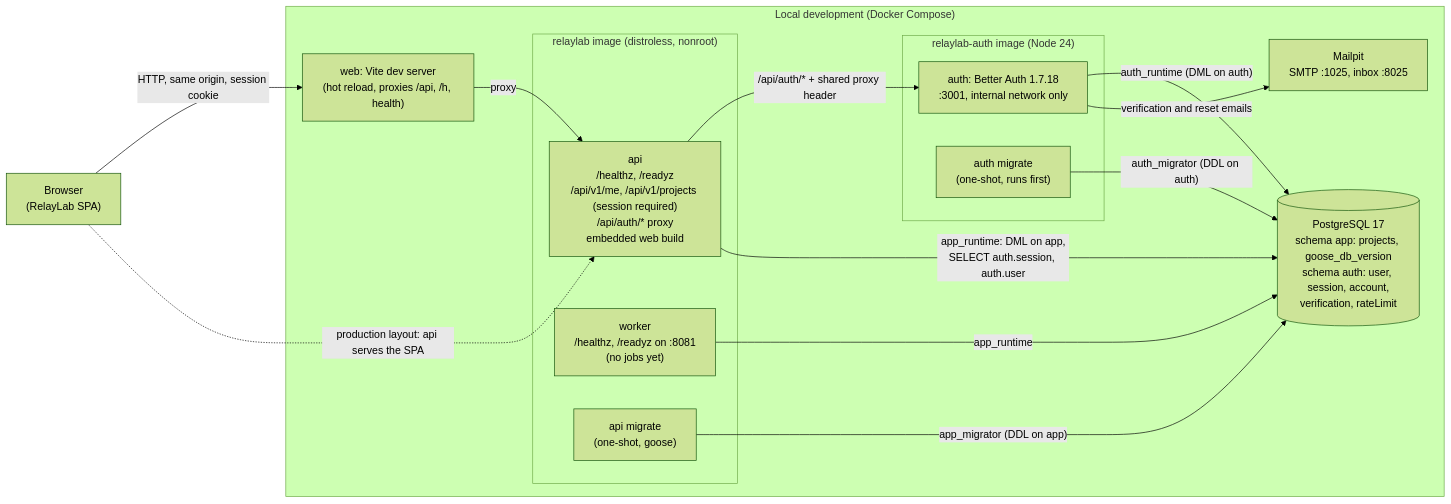
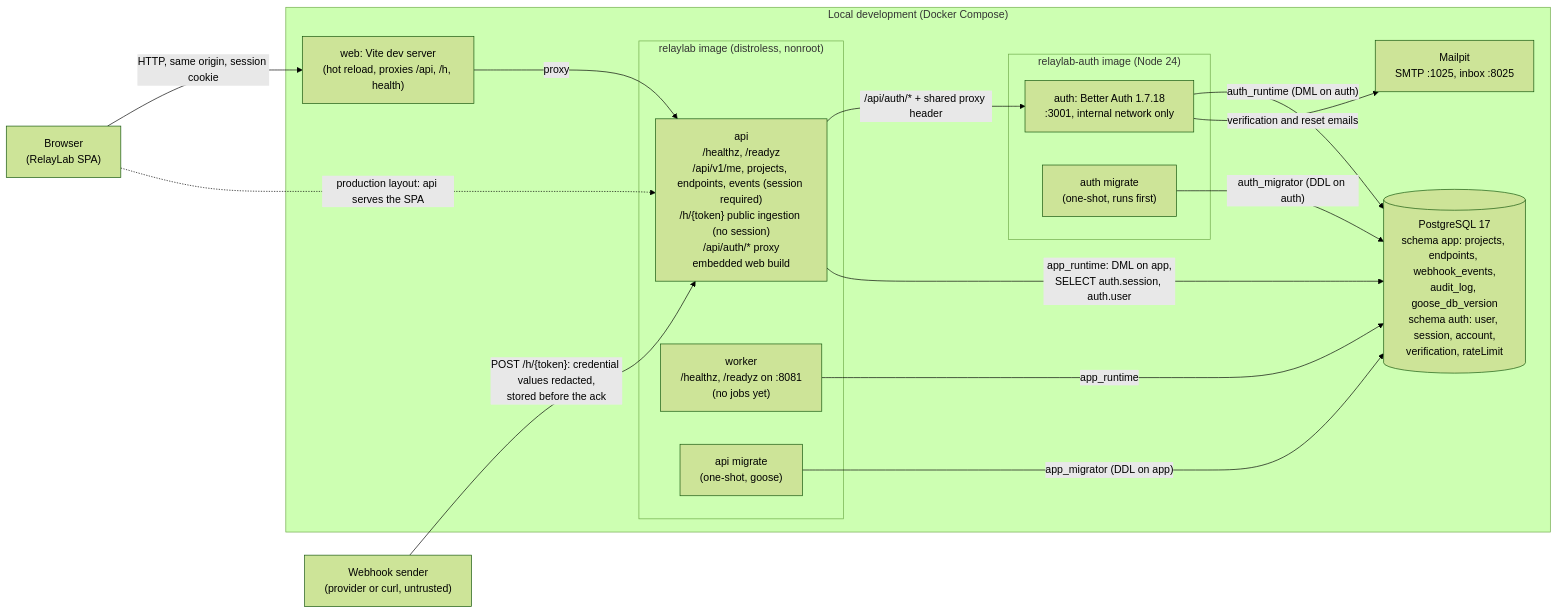
One commit to yasineh/relaylab-app changed the diagram in docs/architecture/overview.md. Above: the diagram before and after it, drawn with Mermaid (forest theme). The commit also changed other lines of this file and 17 other files, not shown here.

````diff
--- a/docs/architecture/overview.md
+++ b/docs/architecture/overview.md
@@ -6,30 +6,32 @@
 ```mermaid
 flowchart LR
   browser["Browser<br/>(RelayLab SPA)"]
+  sender["Webhook sender<br/>(provider or curl, untrusted)"]
 
   subgraph dev["Local development (Docker Compose)"]
     vite["web: Vite dev server<br/>(hot reload, proxies /api, /h, health)"]
     subgraph image["relaylab image (distroless, nonroot)"]
-      api["api<br/>/healthz, /readyz<br/>/api/v1/me, /api/v1/projects (session required)<br/>/api/auth/* proxy<br/>embedded web build"]
+      api["api<br/>/healthz, /readyz<br/>/api/v1/me, projects, endpoints, events (session required)<br/>/h/{token} public ingestion (no session)<br/>/api/auth/* proxy<br/>embedded web build"]
       worker["worker<br/>/healthz, /readyz on :8081<br/>(no jobs yet)"]
       migrate["api migrate<br/>(one-shot, goose)"]
     end
     subgraph authimg["relaylab-auth image (Node 24)"]
       auth["auth: Better Auth 1.7.18<br/>:3001, internal network only"]
       authmigrate["auth migrate<br/>(one-shot, runs first)"]
     end
-    pg[("PostgreSQL 17<br/>schema app: projects, goose_db_version<br/>schema auth: user, session, account,<br/>verification, rateLimit")]
+    pg[("PostgreSQL 17<br/>schema app: projects, endpoints, webhook_events,<br/>audit_log, goose_db_version<br/>schema auth: user, session, account,<br/>verification, rateLimit")]
     mailpit["Mailpit<br/>SMTP :1025, inbox :8025"]
   end
 
+  sender -->|"POST /h/{token}: credential values redacted,<br/>stored before the ack"| api
   browser -->|"HTTP, same origin, session cookie"| vite
   vite -->|"proxy"| api
   browser -.->|"production layout: api serves the SPA"| api
   api -->|"/api/auth/* + shared proxy header"| auth
   api -->|"app_runtime: DML on app,<br/>SELECT auth.session, auth.user"| pg
   worker -->|"app_runtime"| pg
   migrate -->|"app_migrator (DDL on app)"| pg
   auth -->|"auth_runtime (DML on auth)"| pg
   authmigrate -->|"auth_migrator (DDL on auth)"| pg
   auth -->|"verification and reset emails"| mailpit
 ```
````
